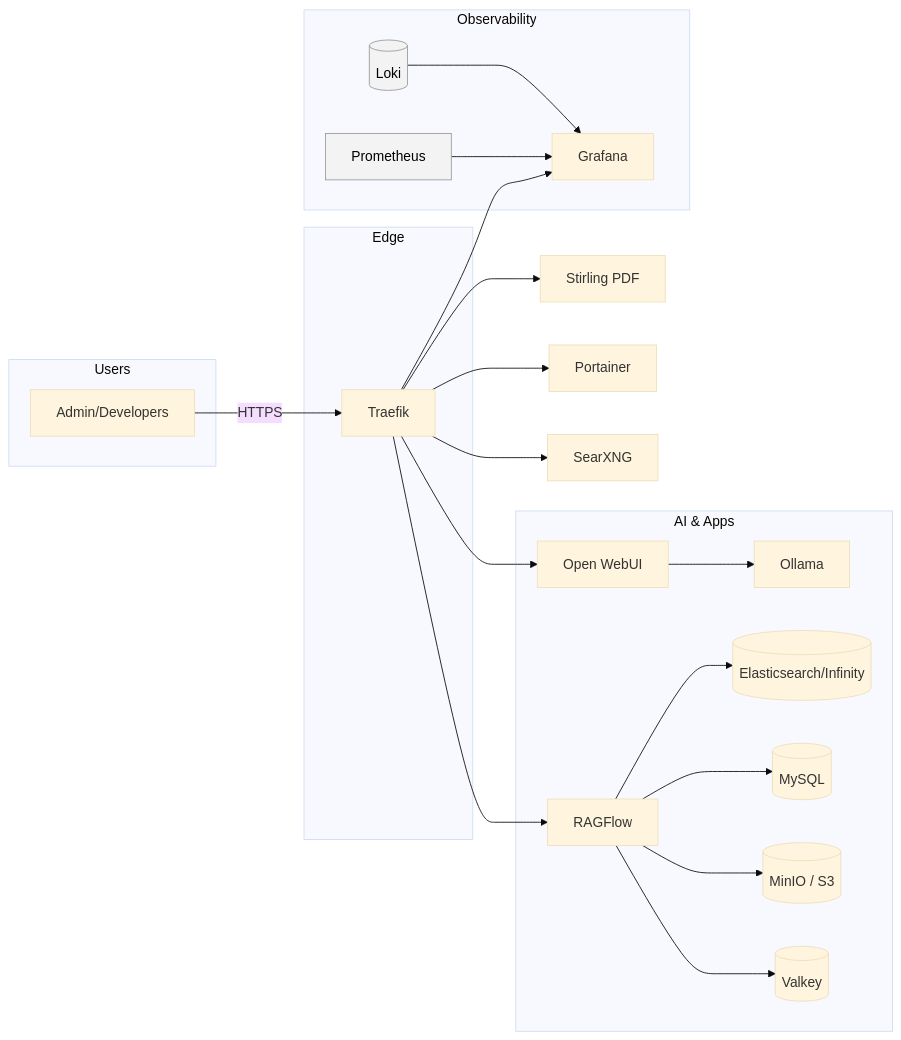
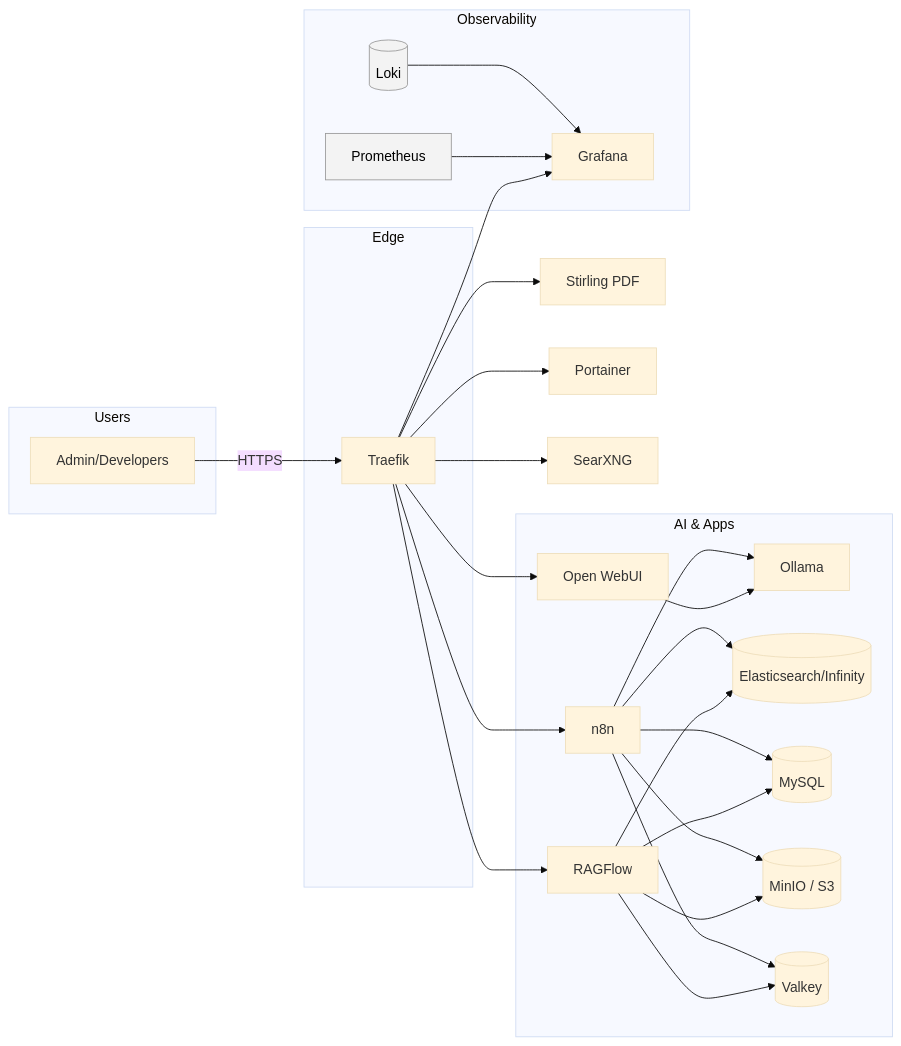
One commit to Ellebam/Pocket-Lab changed the diagram in docs/ARCHITECTURE.md. Above: the diagram before and after it, drawn with Mermaid (base theme). The commit also changed other lines of this file, not shown here.

Commit message:
Update architecture diagram for n8n

````diff
--- a/docs/ARCHITECTURE.md
+++ b/docs/ARCHITECTURE.md
@@ -3,33 +3,39 @@
 ```mermaid
 flowchart LR
   subgraph Users
     U[Admin/Developers]
   end
 
   U -->|HTTPS| T[Traefik]
   subgraph Edge
     T
   end
 
   T --> OWUI[Open WebUI]
   T --> RAG[RAGFlow]
+  T --> N8N[n8n]
   T --> PDF[Stirling PDF]
   T --> Port[Portainer]
   T --> Sear[SearXNG]
   T --> Graf[Grafana]
 
   subgraph AI & Apps
     OWUI --> OL[Ollama]
     RAG --> ES[(Elasticsearch/Infinity)]
     RAG --> MY[(MySQL)]
     RAG --> MINIO[(MinIO / S3)]
     RAG --> VK[(Valkey)]
+    N8N --> OL
+    N8N --> ES
+    N8N --> MY
+    N8N --> MINIO
+    N8N --> VK
   end
 
   subgraph Observability
     Prom[Prometheus]:::obs --> Graf
     Loki[(Loki)]:::obs --> Graf
   end
 
   classDef obs fill:#f3f3f3,stroke:#999,color:#000
 ```
````
